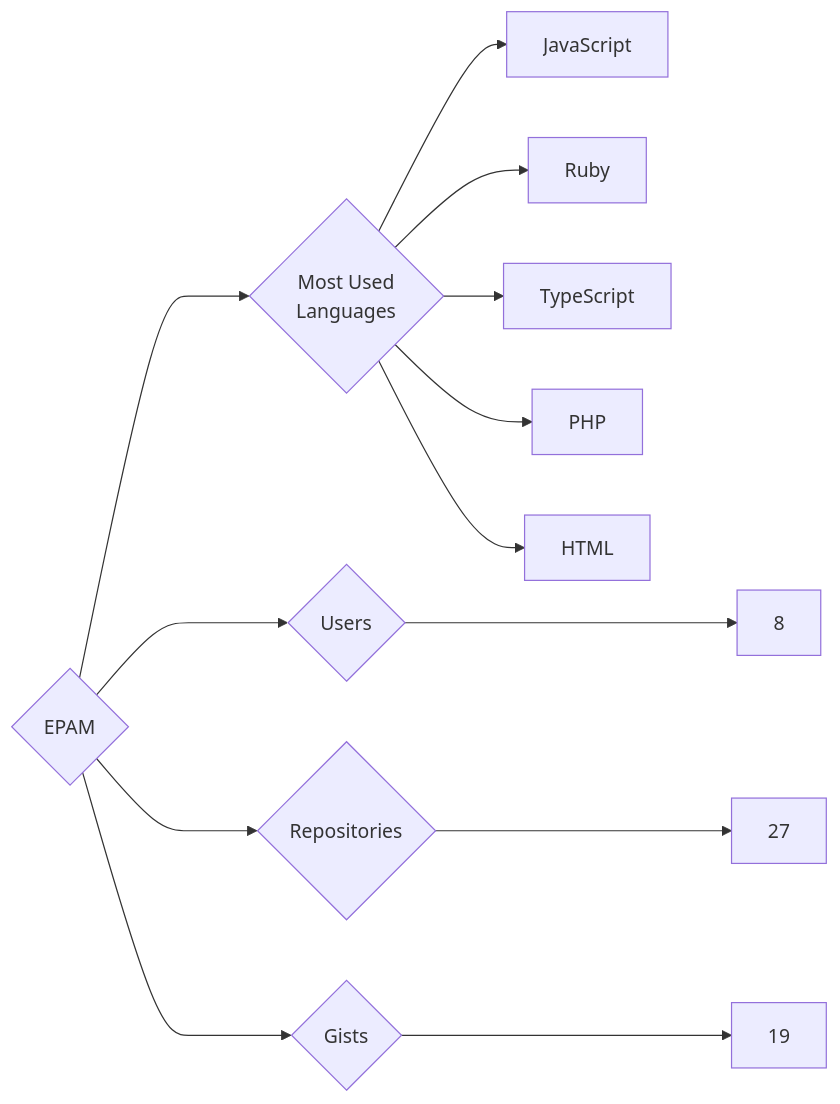
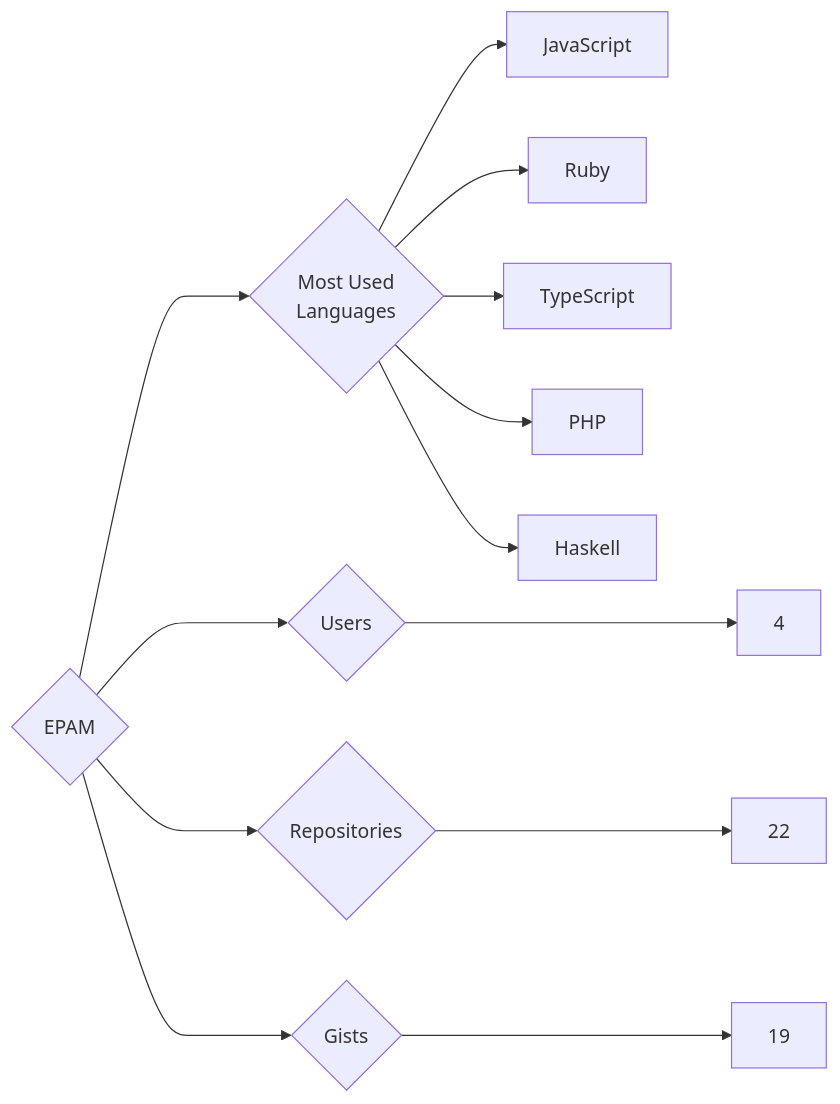
Before and after one commit to trickest/insiders: the diagram in targets/EPAM/README.md, drawn with Mermaid. The commit also changed 857 other files, not shown here.

````diff
--- a/targets/EPAM/README.md
+++ b/targets/EPAM/README.md
@@ -3,13 +3,13 @@
 ```mermaid
 graph LR
 COMPANY_NAME{EPAM}
-COMPANY_NAME ---> U{Users} ---> UN[8]
-COMPANY_NAME ---> R{Repositories} ---> RN[27]
+COMPANY_NAME ---> U{Users} ---> UN[4]
+COMPANY_NAME ---> R{Repositories} ---> RN[22]
 COMPANY_NAME ---> G{Gists} ---> GN[19]
 COMPANY_NAME ---> ML{Most Used<br>Languages}
 ML --> JavaScript[JavaScript]
 ML --> Ruby[Ruby]
 ML --> TypeScript[TypeScript]
 ML --> PHP[PHP]
-ML --> HTML[HTML]
+ML --> Haskell[Haskell]
 ```
````
